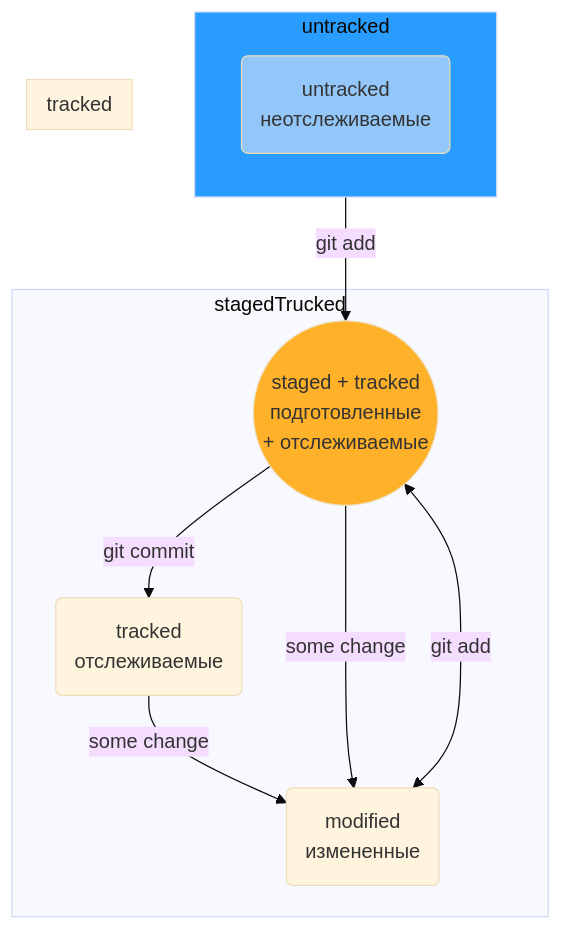
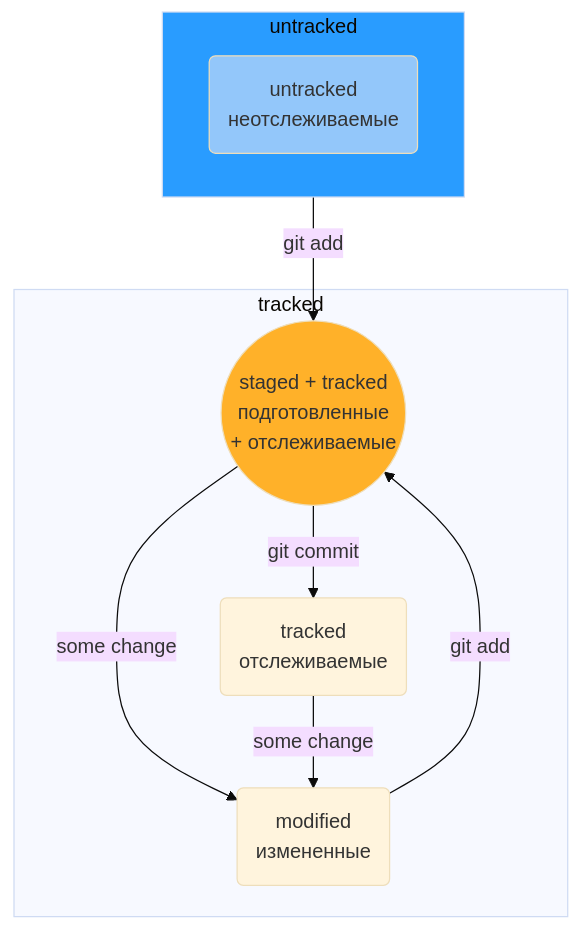
One commit to AleksandrVakarin/GitInstructionMermaid changed the diagram in README.md. Above: the diagram before and after it, drawn with Mermaid (base theme).

````diff
--- a/README.md
+++ b/README.md
@@ -93,28 +93,29 @@
 ```mermaid
 flowchart TD;
 	
 	stgd((staged + tracked<br>подготовленные<br> + отслеживаемые))
 	mdf(modified<br>измененные)
 	untr(untracked<br>неотслеживаемые)
 	trcd(tracked<br>отслеживаемые)
 
+
+	
+
+	subgraph tracked
+		mdf-- git add --> stgd
+		stgd-- some change -->mdf
+		stgd -- git commit -->trcd
+		trcd-- some change -->mdf
+	end
+
+
 	subgraph untracked
 		untr
 	end
 	
 	untracked-- git add -->stgd
 
-	subgraph stagedTrucked
-		stgd -- git commit -->trcd
-		trcd-- some change -->mdf
-		mdf<-- git add --> stgd
-	end
-
-	subgraph tracked 
-		stgd-- some change -->mdf
-	end
-
 	style stgd fill: #FFB129
 	style untr fill: #93C7FA
 	style untracked fill: #299CFF
 ```
````
